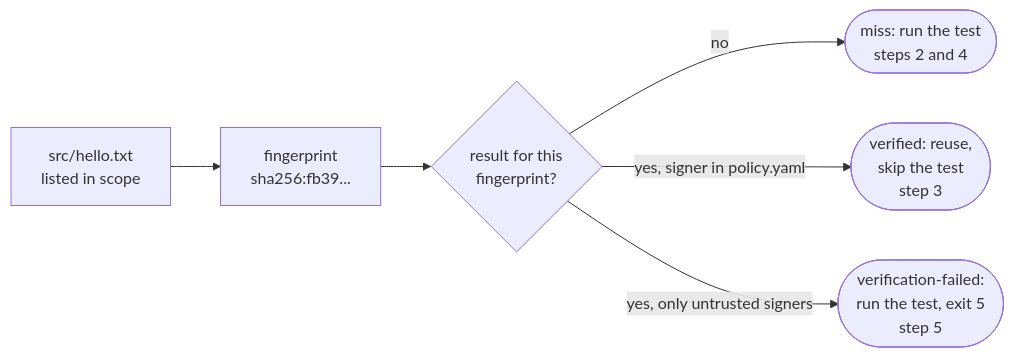
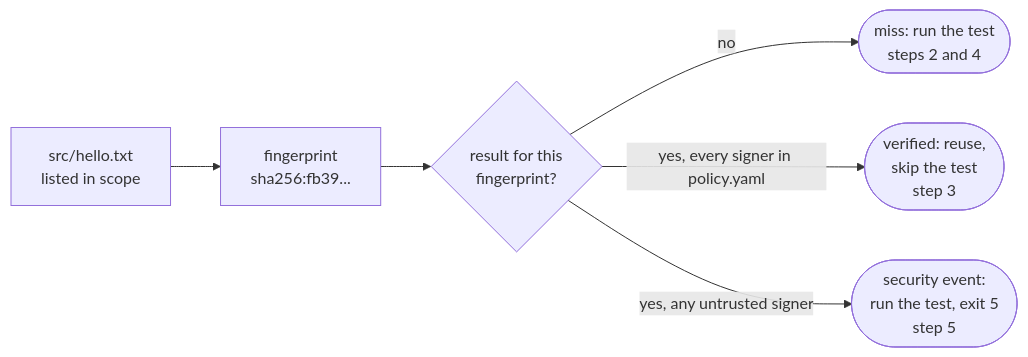
Before and after one commit to TrianaLab/aval: the diagram in docs/quickstart.md, drawn with Mermaid. The commit also changed 26 other files, not shown here.

First line of the commit message:
fix: exit 5 when a rejected candidate failed verification or the fingerprint is flooded (#203)

````diff
--- a/docs/quickstart.md
+++ b/docs/quickstart.md
@@ -173,8 +173,8 @@
 ```mermaid
 flowchart LR
   files[src/hello.txt<br>listed in scope] --> fp[fingerprint<br>sha256:fb39...]
   fp --> look{result for this<br>fingerprint?}
   look -- no --> miss([miss: run the test<br>steps 2 and 4]):::muted
-  look -- "yes, signer in policy.yaml" --> ok([verified: reuse,<br>skip the test<br>step 3]):::ok
-  look -- "yes, only untrusted signers" --> bad([verification-failed:<br>run the test, exit 5<br>step 5]):::err
+  look -- "yes, every signer in policy.yaml" --> ok([verified: reuse,<br>skip the test<br>step 3]):::ok
+  look -- "yes, any untrusted signer" --> bad([security event:<br>run the test, exit 5<br>step 5]):::err
 ```
````
